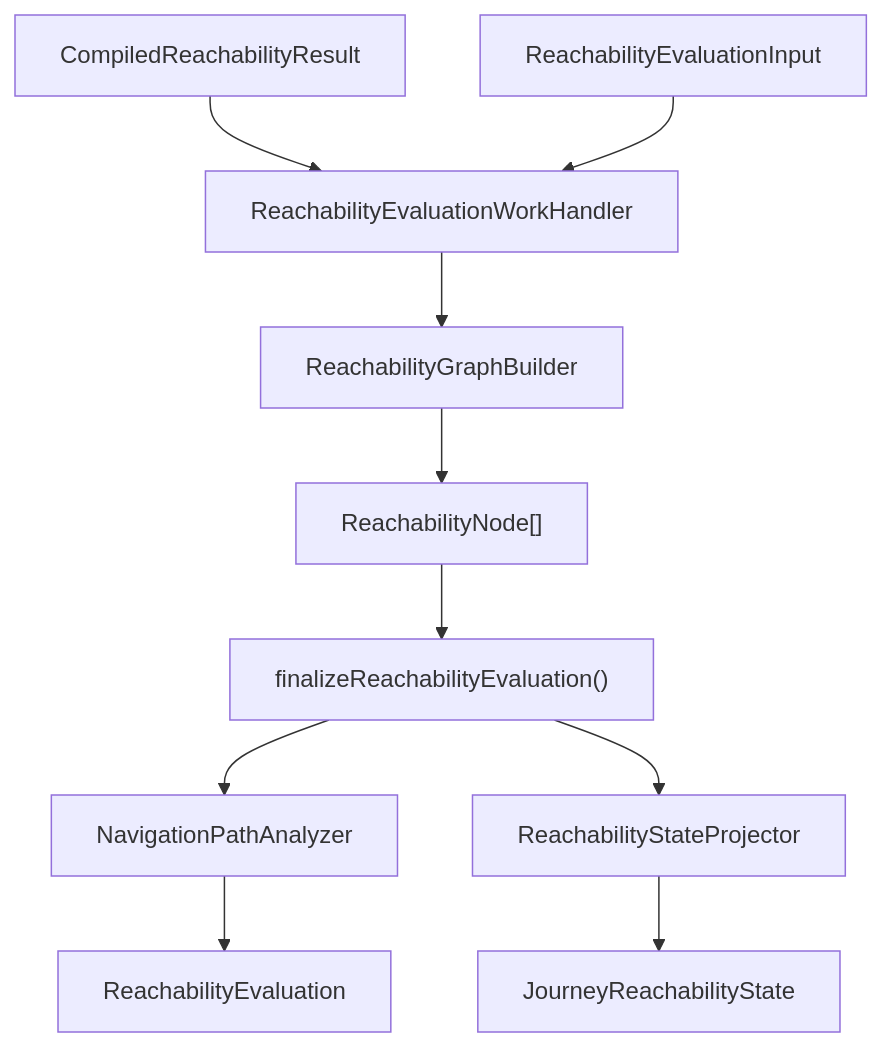
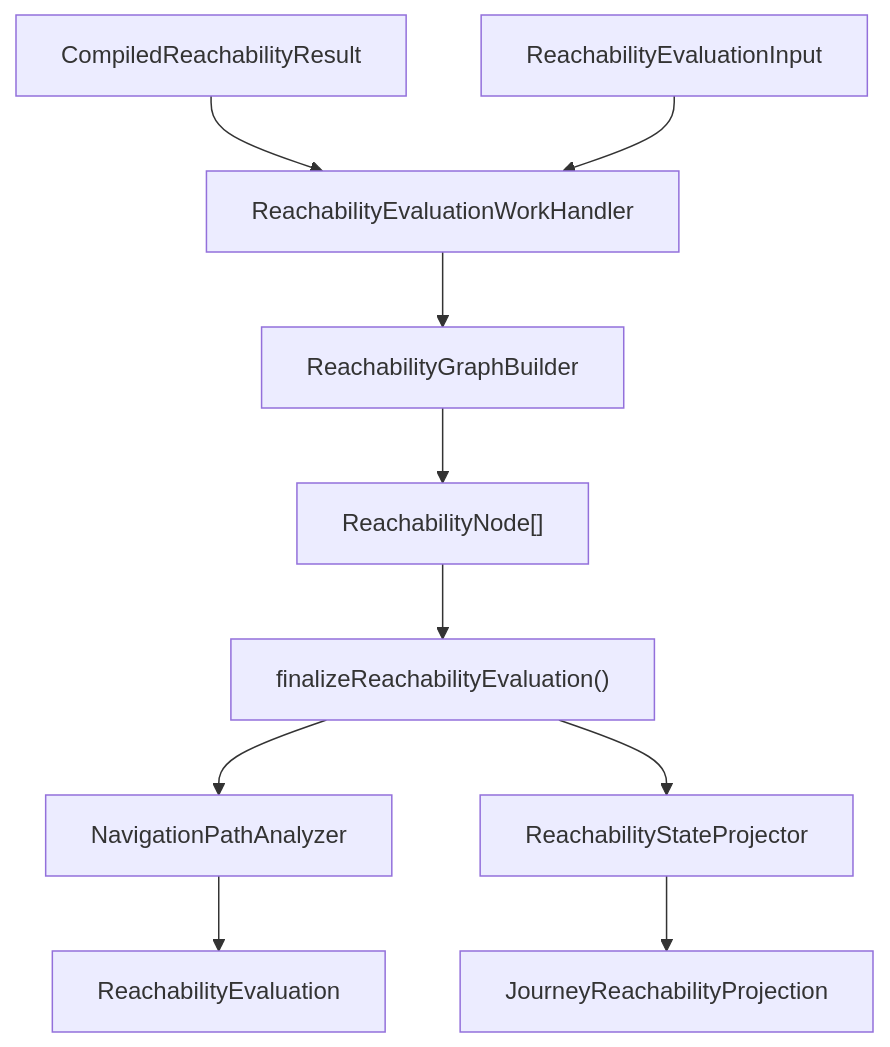
The diagram in packages/forge-core/src/engine/runtime/evaluation/phases/reachability/README.md (ministryofjustice/hmpps-forge), drawn with Mermaid before and after one commit. The commit also changed other lines of this file and 10 other files, not shown here.

Commit message:
Rename `JourneyReachabilityState` to `JourneyReachabilityProjection`

````diff
--- a/packages/forge-core/src/engine/runtime/evaluation/phases/reachability/README.md
+++ b/packages/forge-core/src/engine/runtime/evaluation/phases/reachability/README.md
@@ -86,12 +86,12 @@
 ```mermaid
 flowchart TD
   compiled["CompiledReachabilityResult"] --> handler["ReachabilityEvaluationWorkHandler"]
   input["ReachabilityEvaluationInput"] --> handler
   handler --> builder["ReachabilityGraphBuilder"]
   builder --> steps["ReachabilityNode[]"]
   steps --> finalize["finalizeReachabilityEvaluation()"]
   finalize --> analyzer["NavigationPathAnalyzer"]
   finalize --> projector["ReachabilityStateProjector"]
   analyzer --> evaluation["ReachabilityEvaluation"]
-  projector --> state["JourneyReachabilityState"]
+  projector --> state["JourneyReachabilityProjection"]
 ```
````
